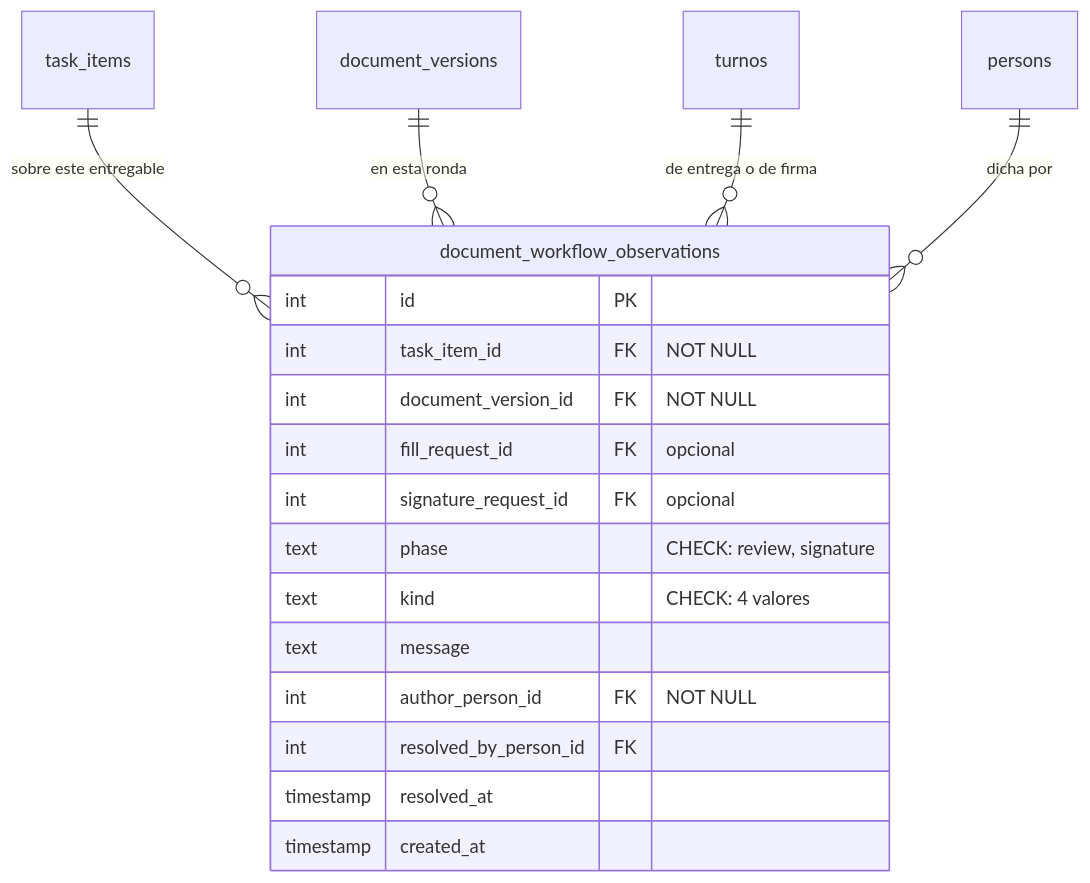
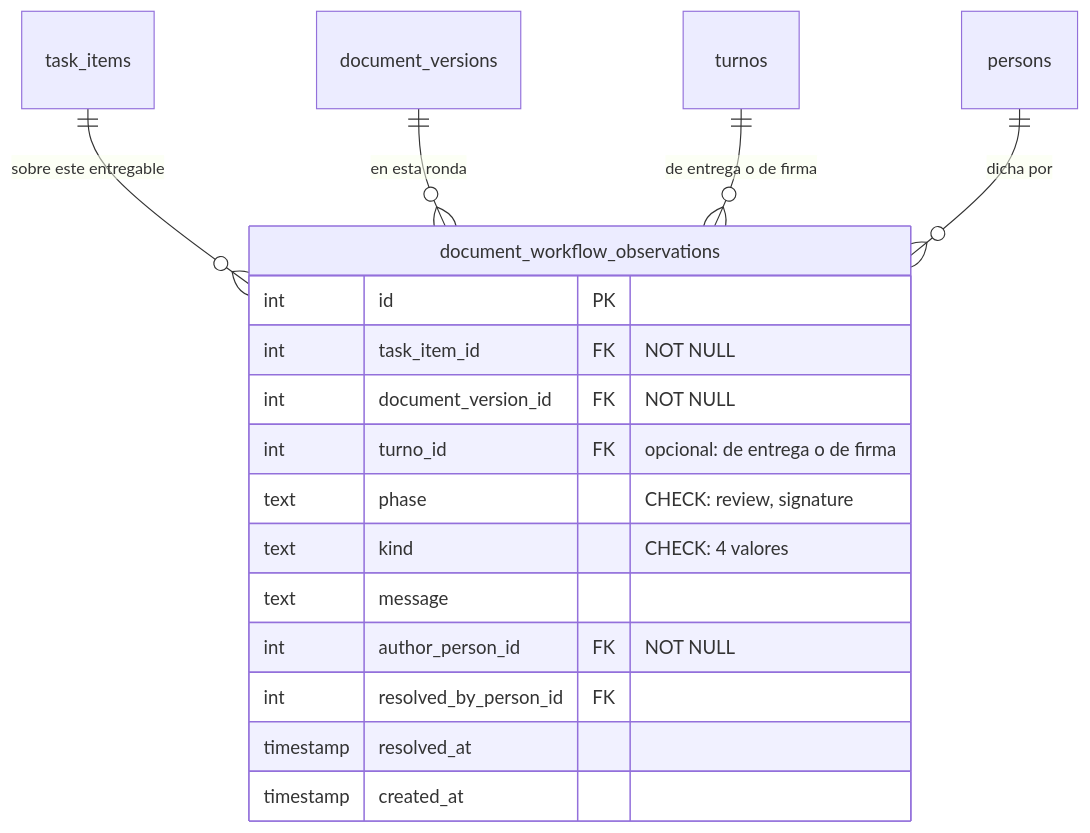
The diagram in docs/src/content/docs/modelo/cierre.md (fresvel/deasy), drawn with Mermaid before and after one commit. The commit also changed other lines of this file and 62 other files, not shown here.

````diff
--- a/docs/src/content/docs/modelo/cierre.md
+++ b/docs/src/content/docs/modelo/cierre.md
@@ -55,22 +59,21 @@
 ```mermaid
 erDiagram
   task_items ||--o{ document_workflow_observations : "sobre este entregable"
   document_versions ||--o{ document_workflow_observations : "en esta ronda"
   turnos ||--o{ document_workflow_observations : "de entrega o de firma"
   persons ||--o{ document_workflow_observations : "dicha por"
 
   document_workflow_observations {
     int id PK
     int task_item_id FK "NOT NULL"
     int document_version_id FK "NOT NULL"
-    int fill_request_id FK "opcional"
-    int signature_request_id FK "opcional"
+    int turno_id FK "opcional: de entrega o de firma"
     text phase "CHECK: review, signature"
     text kind "CHECK: 4 valores"
     text message
     int author_person_id FK "NOT NULL"
     int resolved_by_person_id FK
     timestamp resolved_at
     timestamp created_at
   }
 ```
````
